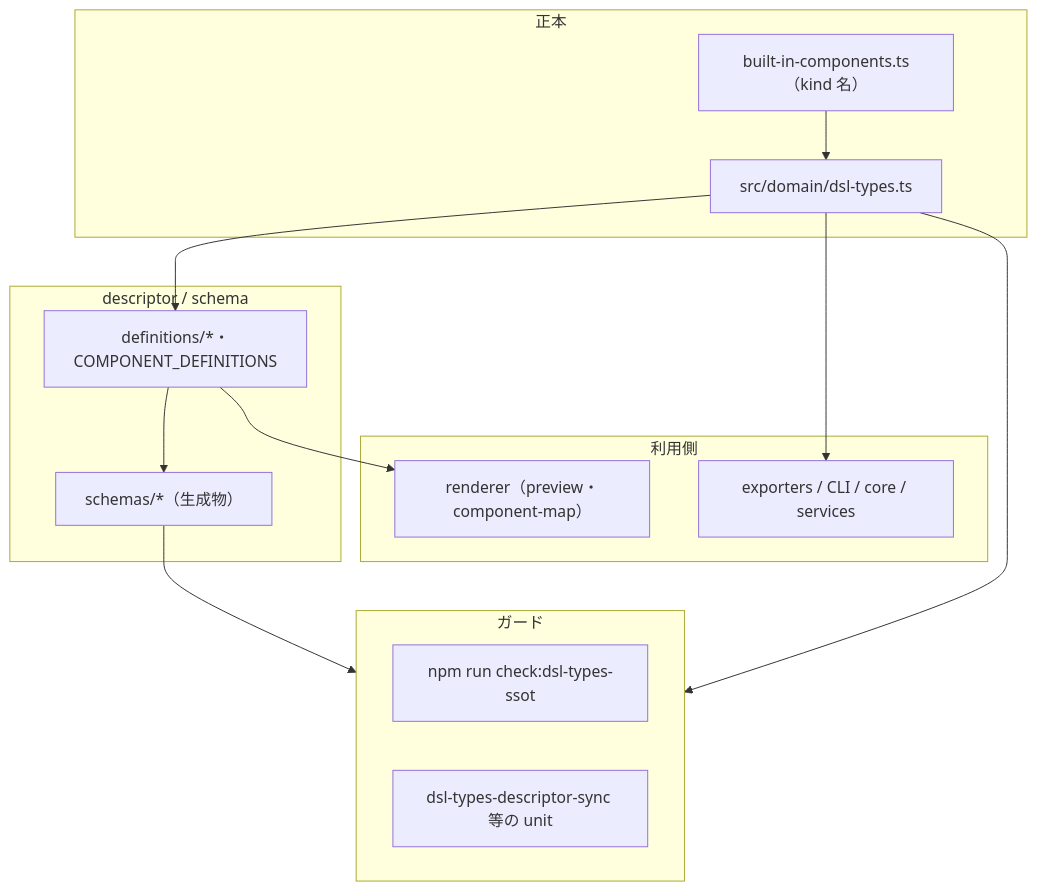
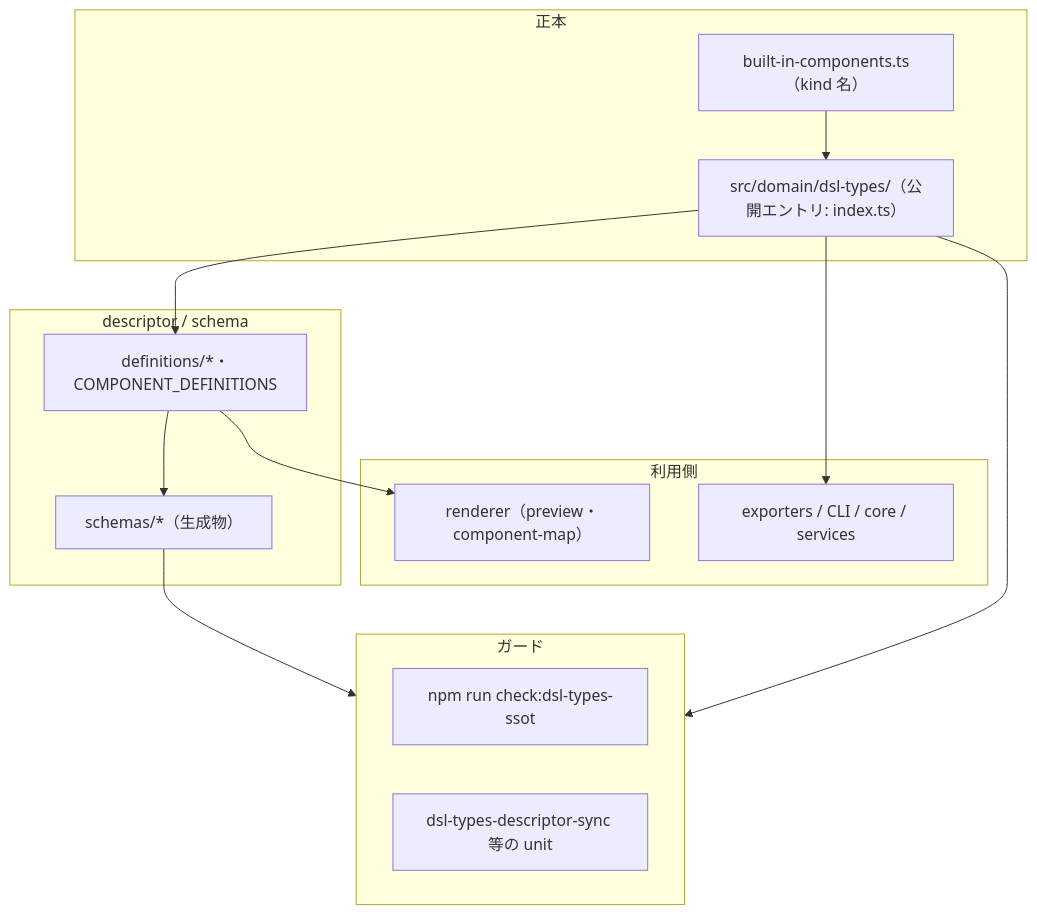
Before and after one commit to kamoshika-san/TextUI-Designer: the diagram in docs/dsl-types-change-impact-audit.md, drawn with Mermaid. The commit also changed other lines of this file and 11 other files, not shown here.

Commit message:
docs: align DSL canonical path to domain/dsl-types directory

````diff
--- a/docs/dsl-types-change-impact-audit.md
+++ b/docs/dsl-types-change-impact-audit.md
@@ -12,26 +12,26 @@
 ```mermaid
 flowchart TB
   subgraph core[正本]
-    DT["src/domain/dsl-types.ts"]
+    DT["src/domain/dsl-types/（公開エントリ: index.ts）"]
     BI["built-in-components.ts（kind 名）"]
   end
   subgraph def[descriptor / schema]
     CD["definitions/*・COMPONENT_DEFINITIONS"]
     SCH["schemas/*（生成物）"]
   end
   subgraph consumers[利用側]
     EX["exporters / CLI / core / services"]
     RV["renderer（preview・component-map）"]
   end
   subgraph guard[ガード]
     CHK["npm run check:dsl-types-ssot"]
     U1["dsl-types-descriptor-sync 等の unit"]
   end
   BI --> DT
   DT --> CD
   CD --> SCH
   DT --> EX
   CD --> RV
   DT --> guard
   SCH --> guard
 ```
````
